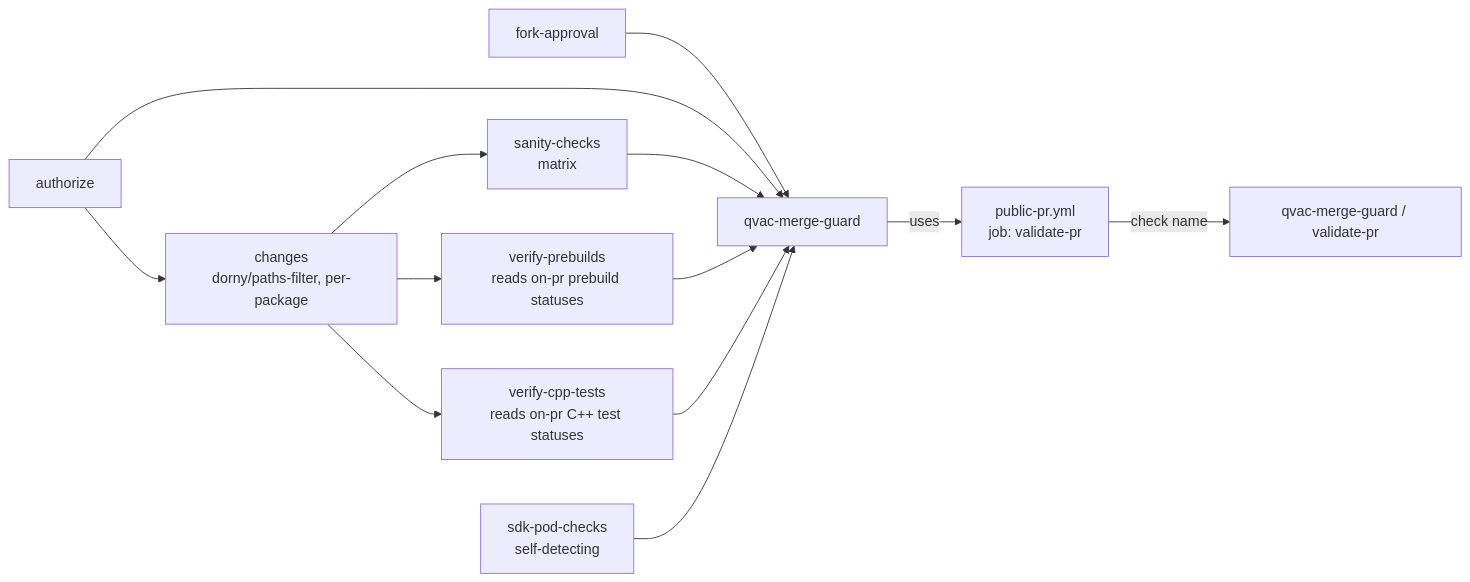
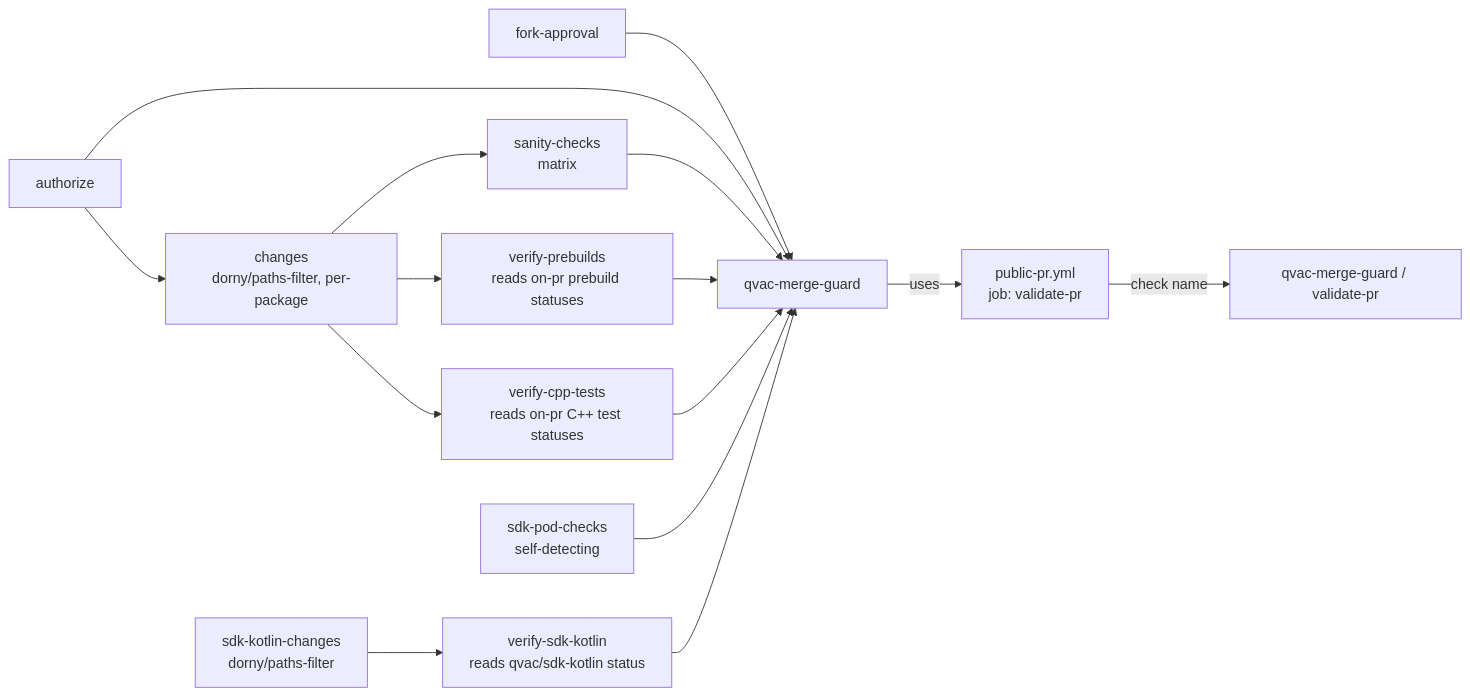
One commit to tetherto/qvac changed the diagram in docs/ci/MERGE-GUARD.md. Above: the diagram before and after it, drawn with Mermaid. The commit also changed other lines of this file and 7 other files, not shown here.

First line of the commit message:
infra: make Kotlin SDK checks a required merge gate and auto-maintain the contract

````diff
--- a/docs/ci/MERGE-GUARD.md
+++ b/docs/ci/MERGE-GUARD.md
@@ -27,15 +27,17 @@
 ```mermaid
 flowchart LR
     FA[fork-approval] --> QMG[qvac-merge-guard]
     AUTH[authorize] --> QMG
     AUTH --> CHANGES[changes<br/>dorny/paths-filter, per-package]
     CHANGES --> SC[sanity-checks<br/>matrix]
     CHANGES --> VP[verify-prebuilds<br/>reads on-pr prebuild statuses]
     CHANGES --> VC[verify-cpp-tests<br/>reads on-pr C++ test statuses]
     SC --> QMG
     VP --> QMG
     VC --> QMG
     SDK[sdk-pod-checks<br/>self-detecting] --> QMG
+    SKC[sdk-kotlin-changes<br/>dorny/paths-filter] --> VSK[verify-sdk-kotlin<br/>reads qvac/sdk-kotlin status]
+    VSK --> QMG
     QMG -->|uses| PP[public-pr.yml<br/>job: validate-pr]
     PP -->|check name| CHK["qvac-merge-guard / validate-pr"]
 ```
````
